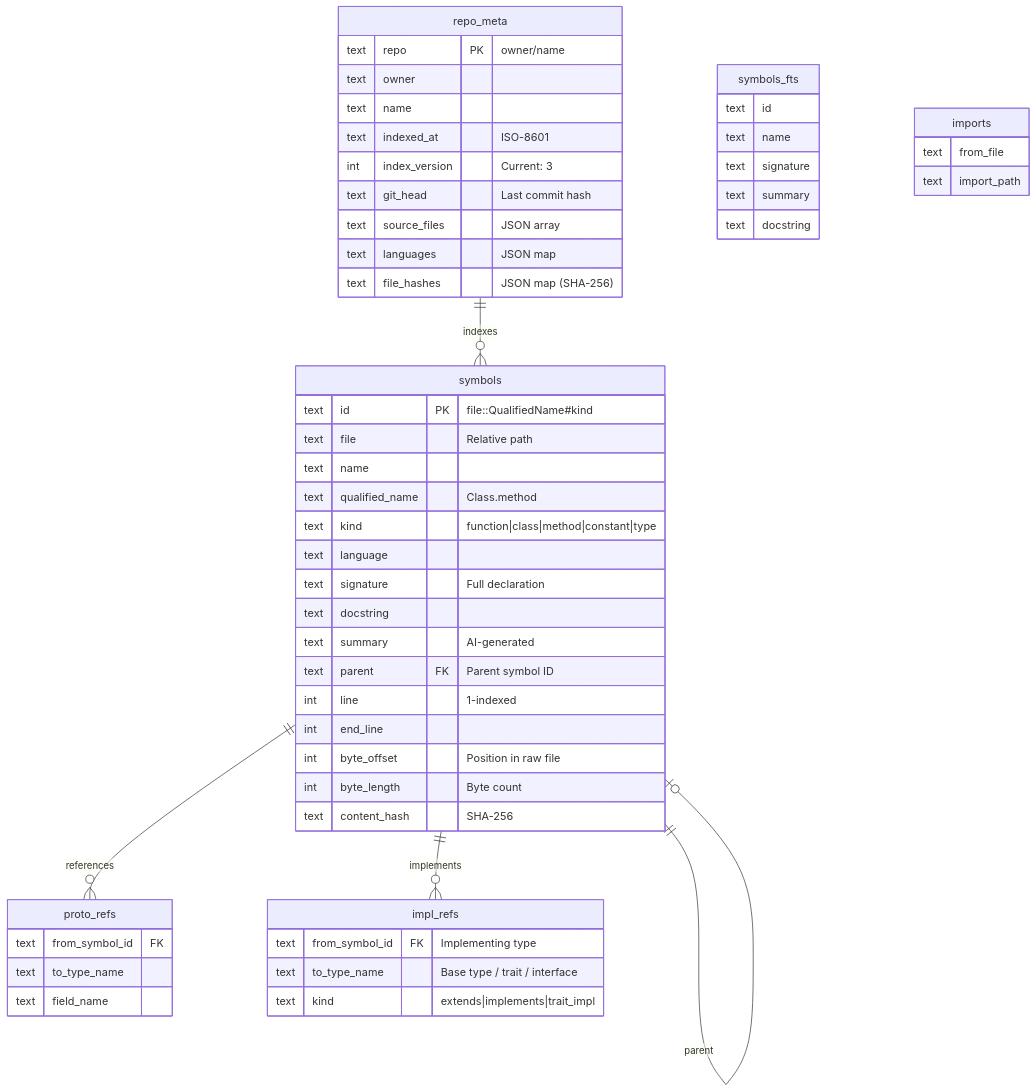
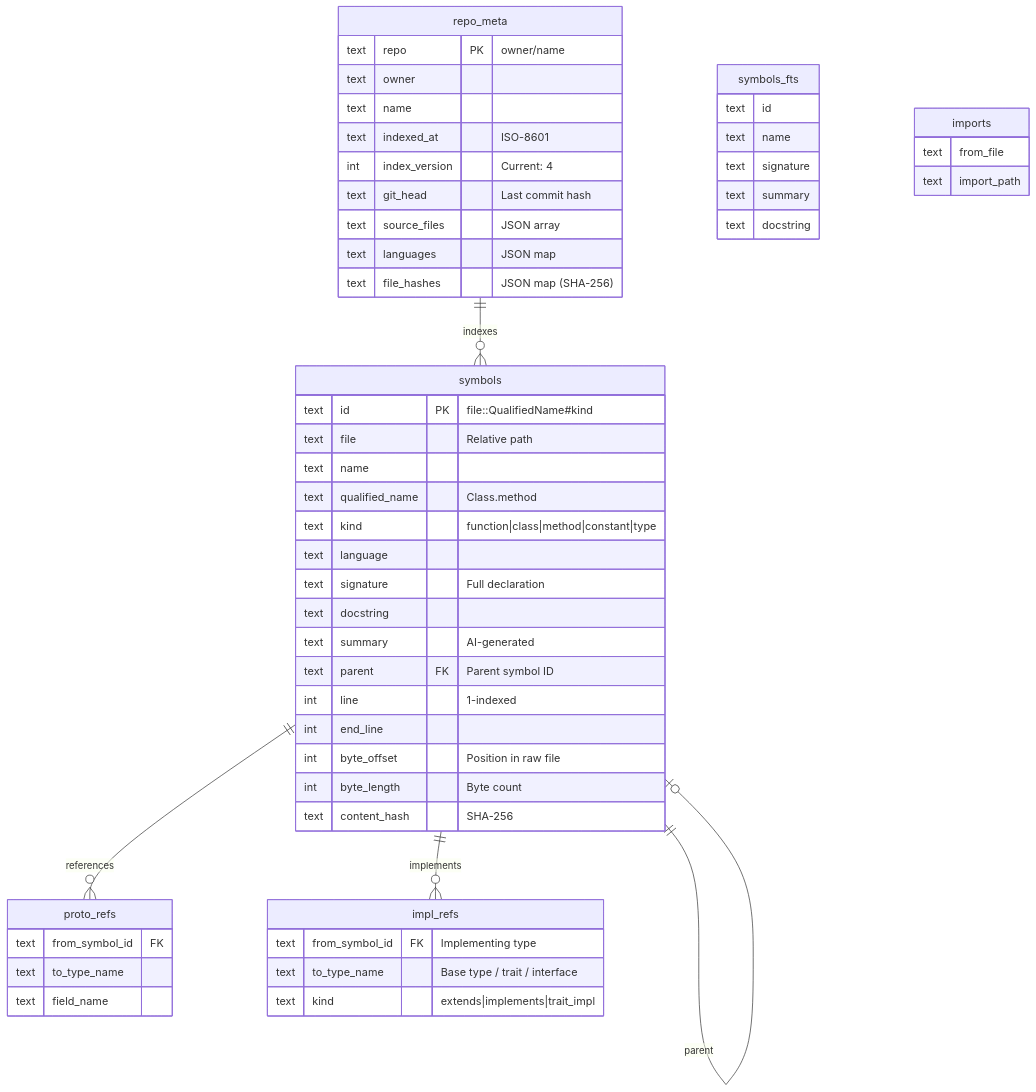
Before and after one commit to christophergutierrez/repomap: the fourth of 11 diagrams in docs/ARCHITECTURE.md, drawn with Mermaid. The commit also changed other lines of this file and 4 other files, not shown here.

Commit message:
doc updates and graph

````diff
--- a/docs/ARCHITECTURE.md
+++ b/docs/ARCHITECTURE.md
@@ -186,62 +186,62 @@
 ```mermaid
 erDiagram
     repo_meta {
         text repo PK "owner/name"
         text owner
         text name
         text indexed_at "ISO-8601"
-        int index_version "Current: 3"
+        int index_version "Current: 4"
         text git_head "Last commit hash"
         text source_files "JSON array"
         text languages "JSON map"
         text file_hashes "JSON map (SHA-256)"
     }
 
     symbols {
         text id PK "file::QualifiedName#kind"
         text file "Relative path"
         text name
         text qualified_name "Class.method"
         text kind "function|class|method|constant|type"
         text language
         text signature "Full declaration"
         text docstring
         text summary "AI-generated"
         text parent FK "Parent symbol ID"
         int line "1-indexed"
         int end_line
         int byte_offset "Position in raw file"
         int byte_length "Byte count"
         text content_hash "SHA-256"
     }
 
     symbols_fts {
         text id
         text name
         text signature
         text summary
         text docstring
     }
 
     proto_refs {
         text from_symbol_id FK
         text to_type_name
         text field_name
     }
 
     imports {
         text from_file
         text import_path
     }
 
     impl_refs {
         text from_symbol_id FK "Implementing type"
         text to_type_name "Base type / trait / interface"
         text kind "extends|implements|trait_impl"
     }
 
     repo_meta ||--o{ symbols : "indexes"
     symbols ||--o| symbols : "parent"
     symbols ||--o{ proto_refs : "references"
     symbols ||--o{ impl_refs : "implements"
 ```
````
